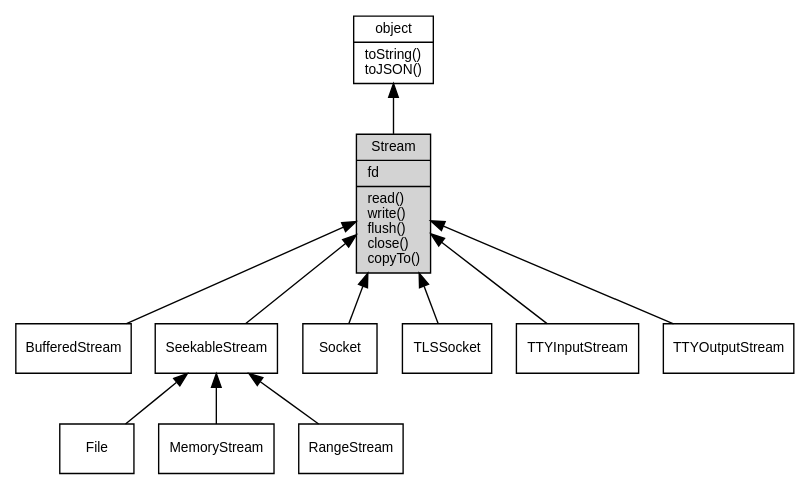
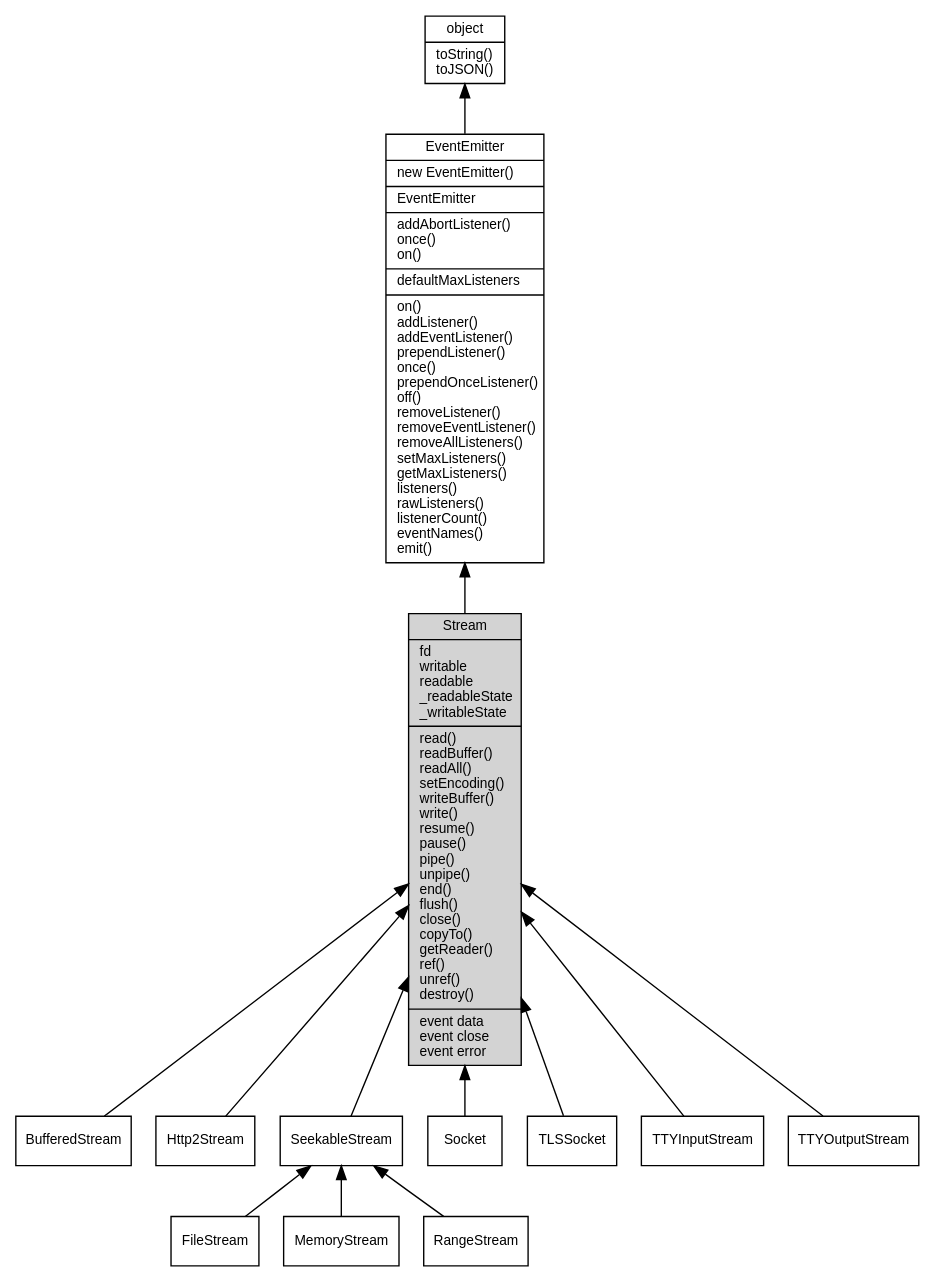
Before and after one commit to fibjs/fibjs.org: the diagram in docs/manual/object/ifs/Stream.md, drawn with Graphviz. The commit also changed other lines of this file and 148 other files, not shown here.

First line of the commit message:
feat: add ZlibCodec documentation and update object graph

````diff
--- a/docs/manual/object/ifs/Stream.md
+++ b/docs/manual/object/ifs/Stream.md
@@ -7,28 +18,32 @@
 ```dot
 digraph {
     node [fontname="Helvetica,sans-Serif", fontsize=10, shape="record", style="filled", fillcolor="white"];
 
     object [tooltip="object", URL="object.md", label="{object|toString()\ltoJSON()\l}"];
-    Stream [tooltip="Stream", fillcolor="lightgray", id="me", label="{Stream|fd\l|read()\lwrite()\lflush()\lclose()\lcopyTo()\l}"];
+    EventEmitter [tooltip="EventEmitter", URL="EventEmitter.md", label="{EventEmitter|new EventEmitter()\l|EventEmitter\l|addAbortListener()\lonce()\lon()\l|defaultMaxListeners\l|on()\laddListener()\laddEventListener()\lprependListener()\lonce()\lprependOnceListener()\loff()\lremoveListener()\lremoveEventListener()\lremoveAllListeners()\lsetMaxListeners()\lgetMaxListeners()\llisteners()\lrawListeners()\llistenerCount()\leventNames()\lemit()\l}"];
+    Stream [tooltip="Stream", fillcolor="lightgray", id="me", label="{Stream|fd\lwritable\lreadable\l_readableState\l_writableState\l|read()\lreadBuffer()\lreadAll()\lsetEncoding()\lwriteBuffer()\lwrite()\lresume()\lpause()\lpipe()\lunpipe()\lend()\lflush()\lclose()\lcopyTo()\lgetReader()\lref()\lunref()\ldestroy()\l|event data\levent close\levent error\l}"];
     BufferedStream [tooltip="BufferedStream", URL="BufferedStream.md", label="{BufferedStream}"];
+    Http2Stream [tooltip="Http2Stream", URL="Http2Stream.md", label="{Http2Stream}"];
     SeekableStream [tooltip="SeekableStream", URL="SeekableStream.md", label="{SeekableStream}"];
-    File [tooltip="File", URL="File.md", label="{File}"];
+    FileStream [tooltip="FileStream", URL="FileStream.md", label="{FileStream}"];
     MemoryStream [tooltip="MemoryStream", URL="MemoryStream.md", label="{MemoryStream}"];
     RangeStream [tooltip="RangeStream", URL="RangeStream.md", label="{RangeStream}"];
     Socket [tooltip="Socket", URL="Socket.md", label="{Socket}"];
     TLSSocket [tooltip="TLSSocket", URL="TLSSocket.md", label="{TLSSocket}"];
     TTYInputStream [tooltip="TTYInputStream", URL="TTYInputStream.md", label="{TTYInputStream}"];
     TTYOutputStream [tooltip="TTYOutputStream", URL="TTYOutputStream.md", label="{TTYOutputStream}"];
 
-    object -> Stream [dir=back];
+    object -> EventEmitter [dir=back];
+    EventEmitter -> Stream [dir=back];
     Stream -> BufferedStream [dir=back];
+    Stream -> Http2Stream [dir=back];
     Stream -> SeekableStream [dir=back];
-    SeekableStream -> File [dir=back];
+    SeekableStream -> FileStream [dir=back];
     SeekableStream -> MemoryStream [dir=back];
     SeekableStream -> RangeStream [dir=back];
     Stream -> Socket [dir=back];
     Stream -> TLSSocket [dir=back];
     Stream -> TTYInputStream [dir=back];
     Stream -> TTYOutputStream [dir=back];
 }
 ```
````
